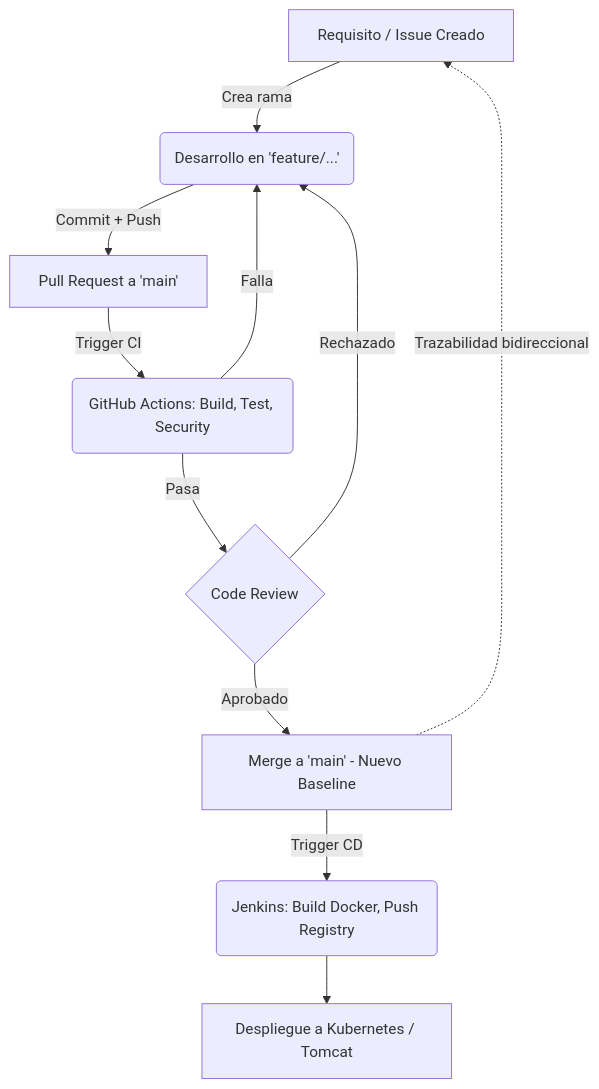
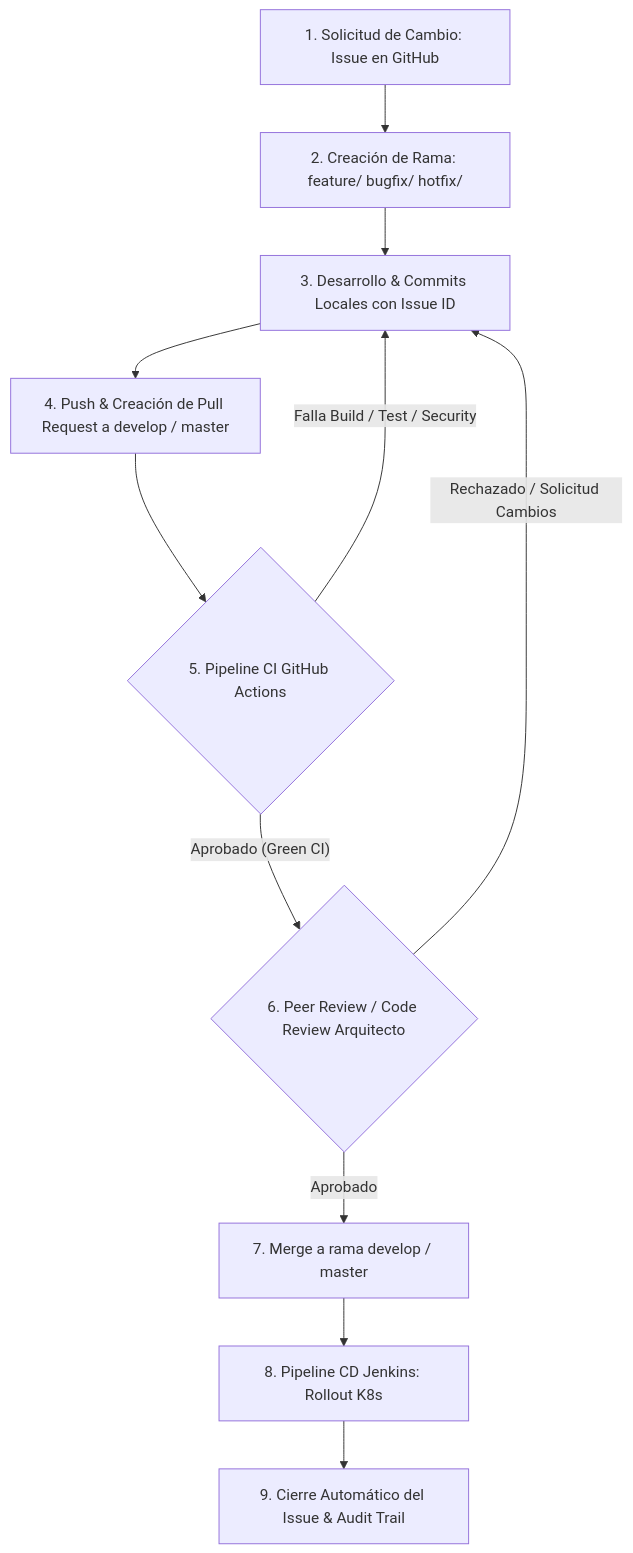
The diagram in docs/SCM.md (BeltranCh97/Stockly), drawn with Mermaid before and after one commit. The commit also changed other lines of this file and 7 other files, not shown here.

First line of the commit message:
feat(ci-cd): configurar pipeline de integración continua, despliegue y documentación

````diff
--- a/docs/SCM.md
+++ b/docs/SCM.md
@@ -63,13 +92,13 @@
 ```mermaid
-graph TD
-    A[Requisito / Issue Creado] -->|Crea rama| B(Desarrollo en 'feature/...')
-    B -->|Commit + Push| C[Pull Request a 'main']
-    C -->|Trigger CI| D(GitHub Actions: Build, Test, Security)
-    D -->|Falla| B
-    D -->|Pasa| E{Code Review}
-    E -->|Rechazado| B
-    E -->|Aprobado| F[Merge a 'main' - Nuevo Baseline]
-    F -->|Trigger CD| G(Jenkins: Build Docker, Push Registry)
-    G --> H[Despliegue a Kubernetes / Tomcat]
-    F -.->|Trazabilidad bidireccional| A
+flowchart TD
+    A[1. Solicitud de Cambio: Issue en GitHub] --> B[2. Creación de Rama: feature/ bugfix/ hotfix/]
+    B --> C[3. Desarrollo & Commits Locales con Issue ID]
+    C --> D[4. Push & Creación de Pull Request a develop / master]
+    D --> E{5. Pipeline CI GitHub Actions}
+    E -- Falla Build / Test / Security --> C
+    E -- Aprobado (Green CI) --> F{6. Peer Review / Code Review Arquitecto}
+    F -- Rechazado / Solicitud Cambios --> C
+    F -- Aprobado --> G[7. Merge a rama develop / master]
+    G --> H[8. Pipeline CD Jenkins: Rollout K8s]
+    H --> I[9. Cierre Automático del Issue & Audit Trail]
 ```
````
